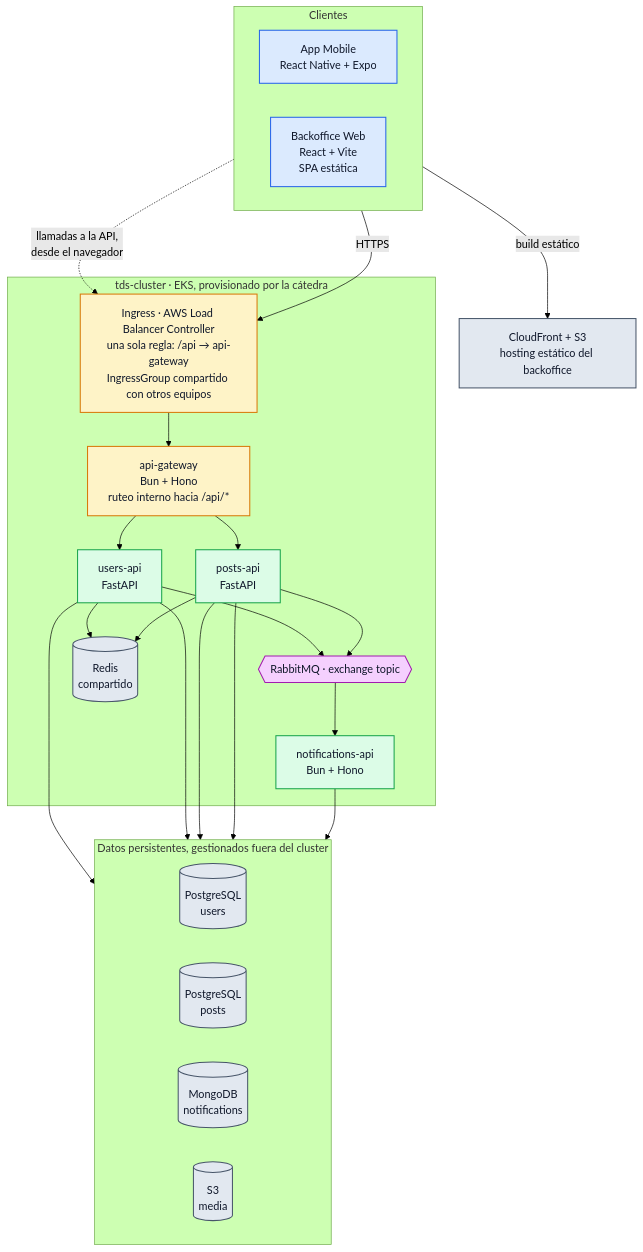
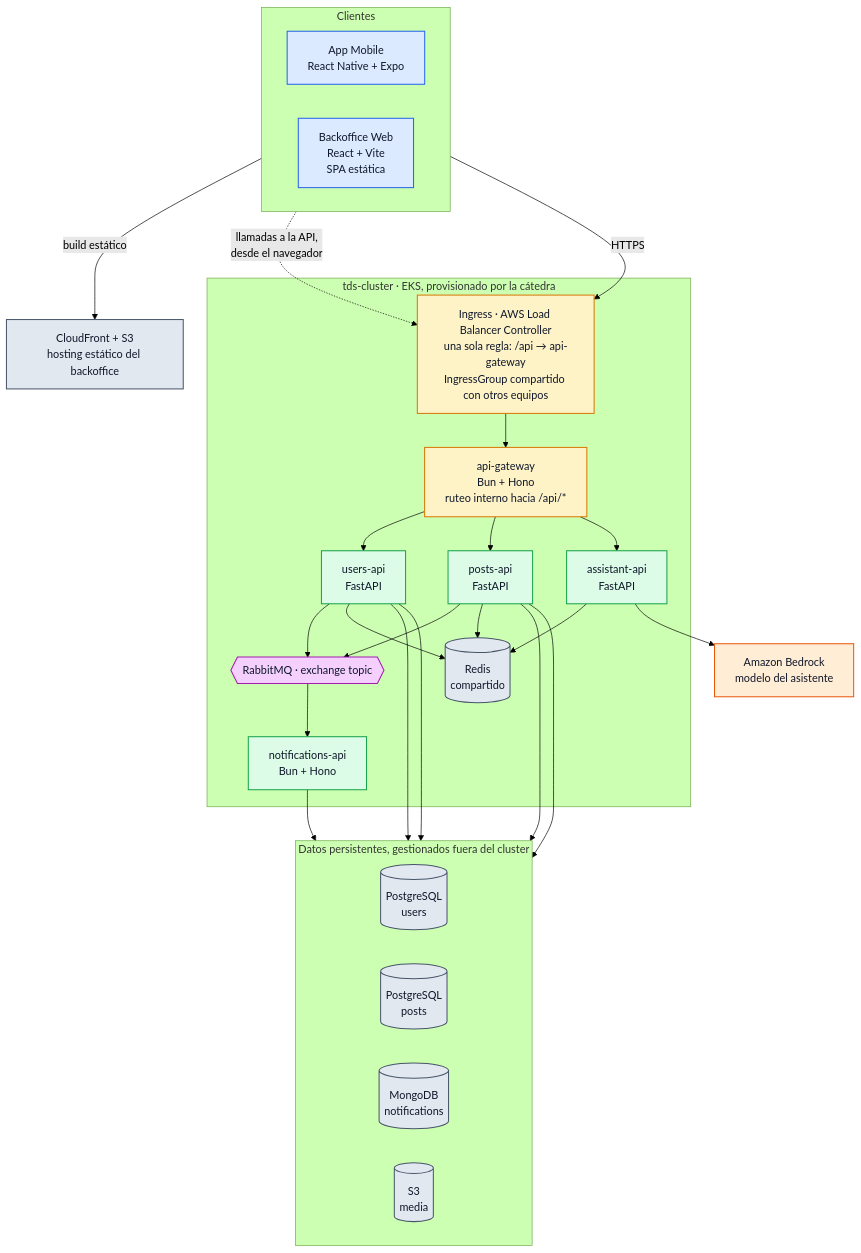
One commit to tds-g3-2s2026/udesa-x-platform changed the second of 7 diagrams in docs/ARQUITECTURA.md. Above: the diagram before and after it, drawn with Mermaid (forest theme). The commit also changed other lines of this file and 6 other files, not shown here.

First line of the commit message:
docs(adr): ADR-023, asistente por voz en un servicio propio con Bedrock, y estimación de costos (#123)

````diff
--- a/docs/ARQUITECTURA.md
+++ b/docs/ARQUITECTURA.md
@@ -181,52 +183,59 @@
 ```mermaid
 flowchart TB
     subgraph clientes["Clientes"]
         direction LR
         MOB["App Mobile<br/>React Native + Expo"]
         BO["Backoffice Web<br/>React + Vite<br/>SPA estática"]
     end
     CDN["CloudFront + S3<br/>hosting estático del backoffice"]
     subgraph cluster["tds-cluster · EKS, provisionado por la cátedra"]
         ING["Ingress · AWS Load Balancer Controller<br/>una sola regla: /api → api-gateway<br/>IngressGroup compartido con otros equipos"]
         GW["api-gateway<br/>Bun + Hono<br/>ruteo interno hacia /api/*"]
         USR["users-api<br/>FastAPI"]
         PST["posts-api<br/>FastAPI"]
         NTF["notifications-api<br/>Bun + Hono"]
+        AST["assistant-api<br/>FastAPI"]
         MQ{{"RabbitMQ · exchange topic"}}
         RED[("Redis<br/>compartido")]
     end
     subgraph datos["Datos persistentes, gestionados fuera del cluster"]
         direction LR
         PGU[("PostgreSQL<br/>users")]
         PGP[("PostgreSQL<br/>posts")]
         MDB[("MongoDB<br/>notifications")]
         OBJ[("S3<br/>media")]
     end
+    LLM["Amazon Bedrock<br/>modelo del asistente"]
     BO -->|"build estático"| CDN
     BO -.->|"llamadas a la API,<br/>desde el navegador"| ING
     MOB -->|HTTPS| ING
     ING --> GW
     GW --> USR
     GW --> PST
+    GW --> AST
     USR --> MQ
     PST --> MQ
     MQ --> NTF
     USR --> PGU
     USR --> RED
     USR --> OBJ
     PST --> PGP
     PST --> RED
     PST --> OBJ
     NTF --> MDB
+    AST --> RED
+    AST --> LLM
     classDef cliente fill:#dbeafe,stroke:#2563eb,stroke-width:1.5px,color:#0f172a
     classDef borde fill:#fef3c7,stroke:#d97706,stroke-width:1.5px,color:#0f172a
     classDef svc fill:#dcfce7,stroke:#16a34a,stroke-width:1.5px,color:#0f172a
     classDef bus fill:#f5d0fe,stroke:#a21caf,stroke-width:1.5px,color:#0f172a
     classDef store fill:#e2e8f0,stroke:#475569,stroke-width:1.5px,color:#0f172a
+    classDef externo fill:#ffedd5,stroke:#ea580c,stroke-width:1.5px,color:#0f172a
     class MOB,BO cliente
     class ING,GW borde
-    class USR,PST,NTF svc
+    class USR,PST,NTF,AST svc
     class MQ bus
     class PGU,PGP,RED,MDB,OBJ store
     class CDN store
+    class LLM externo
 ```
````
